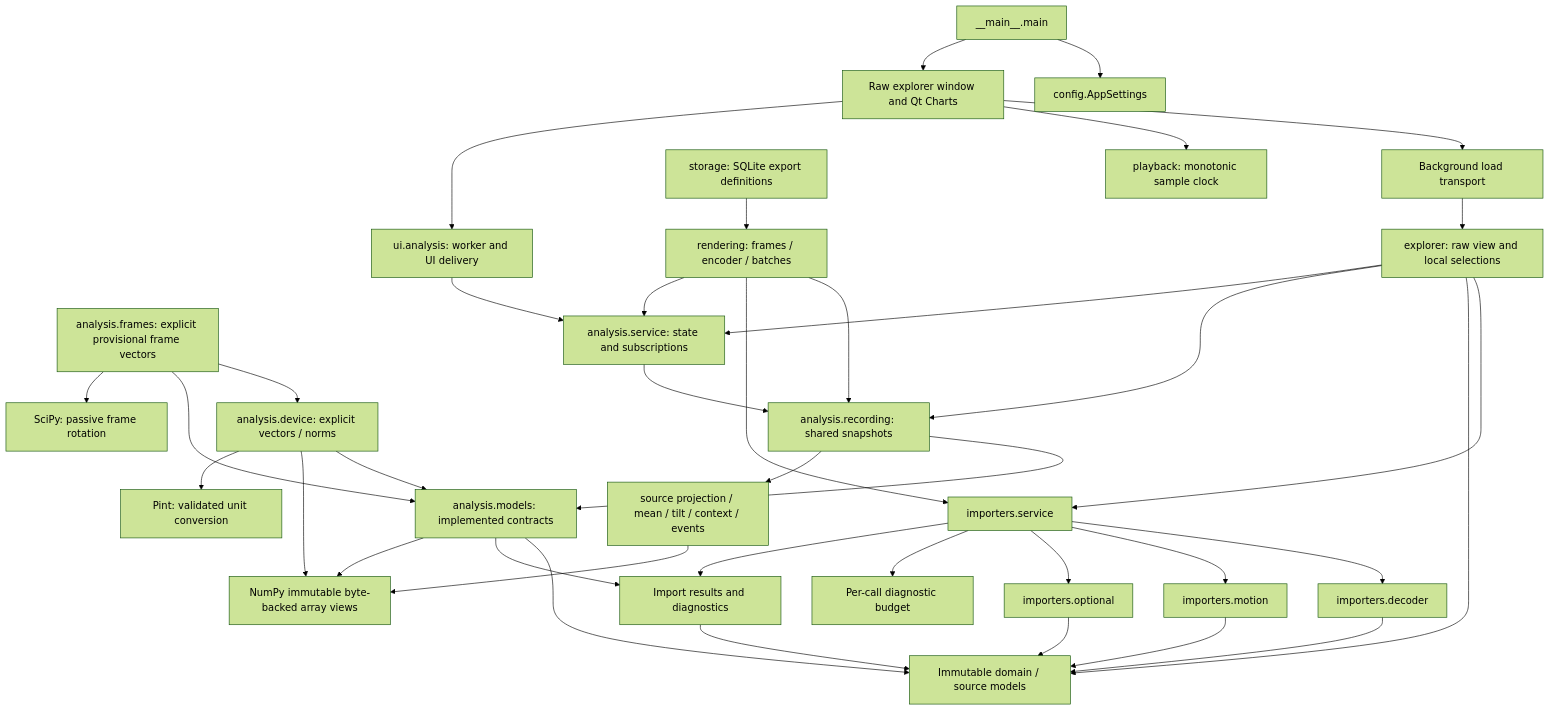
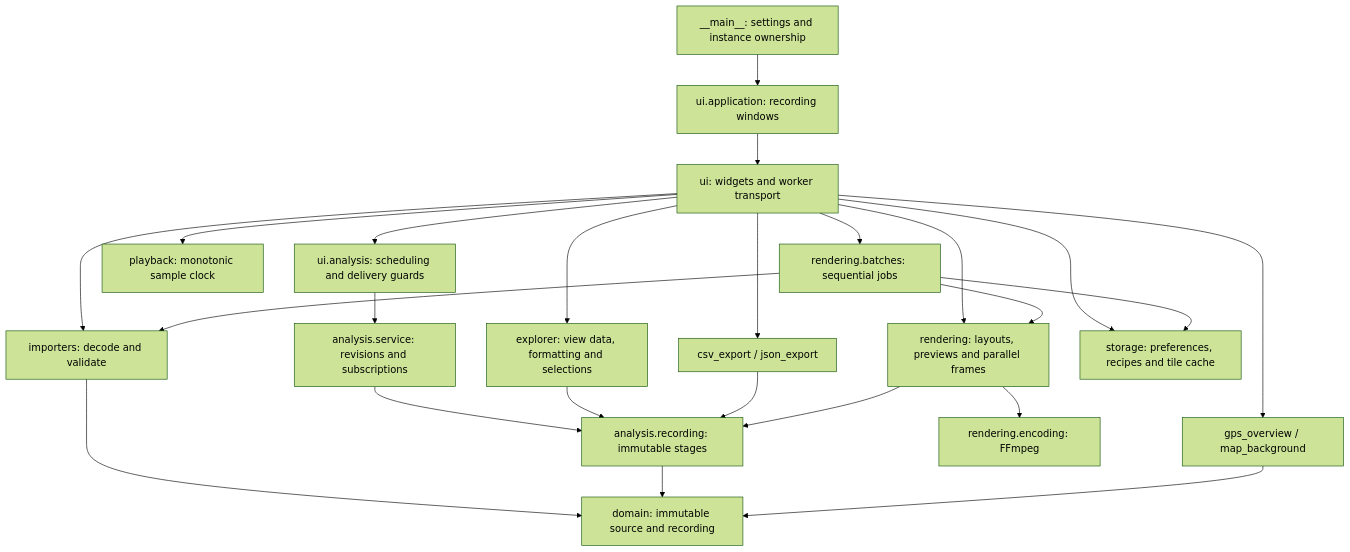
The diagram in docs/architecture/05_building_block_view.md (rudnerbjoern/ride-forces-analyzer), drawn with Mermaid (forest theme) before and after one commit. The commit also changed other lines of this file and 39 other files, not shown here.

````diff
--- a/docs/architecture/05_building_block_view.md
+++ b/docs/architecture/05_building_block_view.md
@@ -7,40 +7,26 @@
 ```mermaid
 flowchart TB
-    Entry["__main__.main"] --> Settings["config.AppSettings"]
-    Entry --> Qt["Raw explorer window and Qt Charts"]
-    Qt --> Worker["Background load transport"]
-    Worker --> Presentation["explorer: raw view and local selections"]
-    Presentation --> Service
-    Presentation --> Domain
-    Service["importers.service"] --> Decoder["importers.decoder"]
-    Service --> Motion["importers.motion"]
-    Service --> Optional["importers.optional"]
-    Service --> Budget["Per-call diagnostic budget"]
-    Service --> Results["Import results and diagnostics"]
-    Decoder --> Domain["Immutable domain / source models"]
-    Motion --> Domain
-    Optional --> Domain
-    Results --> Domain
-    Analysis["analysis.models: implemented contracts"] --> Domain
-    Analysis --> Results
-    Analysis --> NumPy["NumPy immutable byte-backed array views"]
-    Device["analysis.device: explicit vectors / norms"] --> Analysis
-    Device --> NumPy
-    Device --> Pint["Pint: validated unit conversion"]
-    Frames["analysis.frames: explicit provisional frame vectors"] --> Device
-    Frames --> Analysis
-    Frames --> SciPy["SciPy: passive frame rotation"]
-    Storage["storage: SQLite export definitions"] --> Rendering
-    Qt --> Playback["playback: monotonic sample clock"]
-    Rendering["rendering: frames / encoder / batches"] --> Recording["analysis.recording: shared snapshots"]
-    Rendering --> Service
-    Rendering --> AnalysisService["analysis.service: state and subscriptions"]
-    Presentation --> Recording
-    Presentation --> AnalysisService
-    Qt --> Adapter["ui.analysis: worker and UI delivery"]
-    Adapter --> AnalysisService
-    AnalysisService --> Recording
-    Recording --> Analysis
-    Recording --> Numerical["source projection / mean / tilt / context / events"]
-    Numerical --> NumPy
+    Entry["__main__: settings and instance ownership"] --> Application["ui.application: recording windows"]
+    Application --> UI["ui: widgets and worker transport"]
+    UI --> Importer["importers: decode and validate"]
+    Importer --> Domain["domain: immutable source and recording"]
+    UI --> Controller["ui.analysis: scheduling and delivery guards"]
+    Controller --> Service["analysis.service: revisions and subscriptions"]
+    Service --> Analysis["analysis.recording: immutable stages"]
+    Analysis --> Domain
+    UI --> Presentation["explorer: view data, formatting and selections"]
+    Presentation --> Analysis
+    UI --> Playback["playback: monotonic sample clock"]
+    UI --> GPS["gps_overview / map_background"]
+    GPS --> Domain
+    UI --> Data["csv_export / json_export"]
+    Data --> Analysis
+    UI --> Rendering["rendering: layouts, previews and parallel frames"]
+    Rendering --> Analysis
+    Rendering --> Encoding["rendering.encoding: FFmpeg"]
+    UI --> Batches["rendering.batches: sequential jobs"]
+    Batches --> Importer
+    Batches --> Rendering
+    UI --> Storage["storage: preferences, recipes and tile cache"]
+    Batches --> Storage
 ```
````
